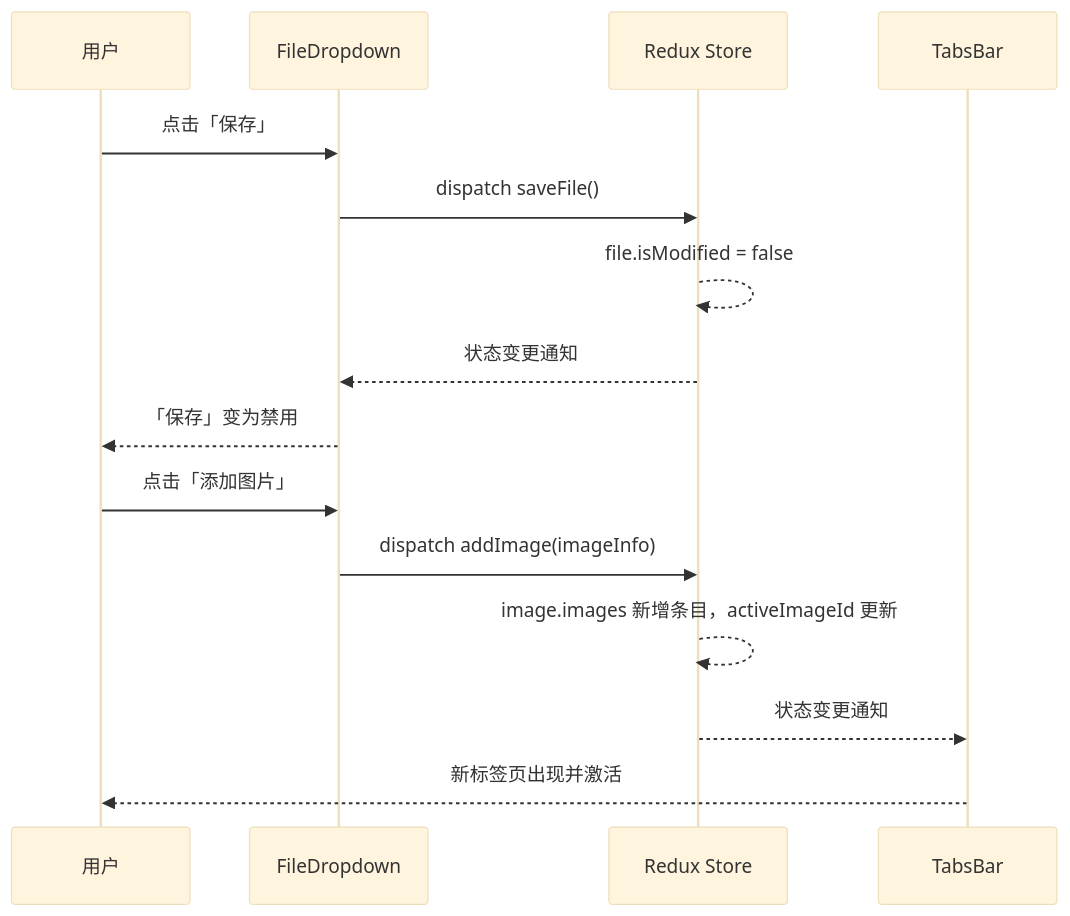
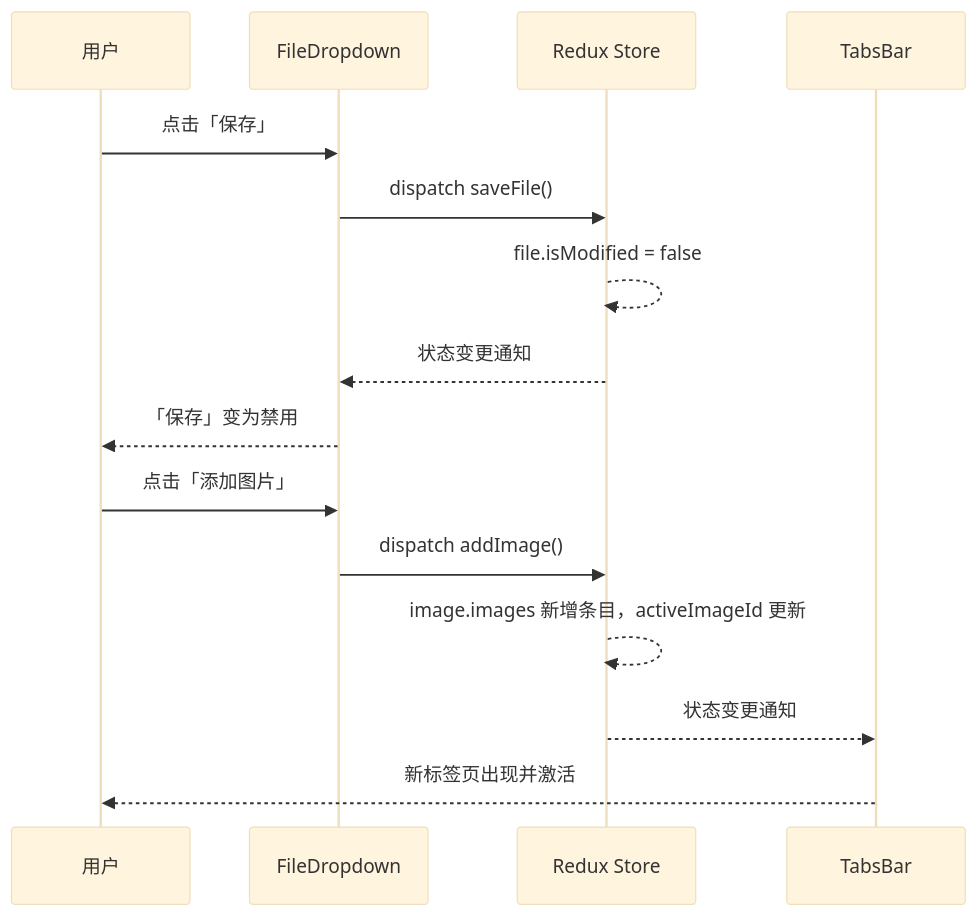
Before and after one commit to kampfer/trae-image-marker: the second of 11 diagrams in doc/技术设计/03-表现层设计.md, drawn with Mermaid (base theme). The commit also changed other lines of this file and 11 other files, not shown here.

Commit message:
feat：添加图片

````diff
--- a/doc/技术设计/03-表现层设计.md
+++ b/doc/技术设计/03-表现层设计.md
@@ -146,19 +146,19 @@
 ```mermaid
 sequenceDiagram
     participant User as 用户
     participant FileDropdown as FileDropdown
     participant Redux as Redux Store
     participant TabsBar as TabsBar
 
     User->>FileDropdown: 点击「保存」
     FileDropdown->>Redux: dispatch saveFile()
     Redux-->>Redux: file.isModified = false
     Redux-->>FileDropdown: 状态变更通知
     FileDropdown-->>User: 「保存」变为禁用
 
     User->>FileDropdown: 点击「添加图片」
-    FileDropdown->>Redux: dispatch addImage(imageInfo)
+    FileDropdown->>Redux: dispatch addImage()
     Redux-->>Redux: image.images 新增条目，activeImageId 更新
     Redux-->>TabsBar: 状态变更通知
     TabsBar-->>User: 新标签页出现并激活
 ```
````
